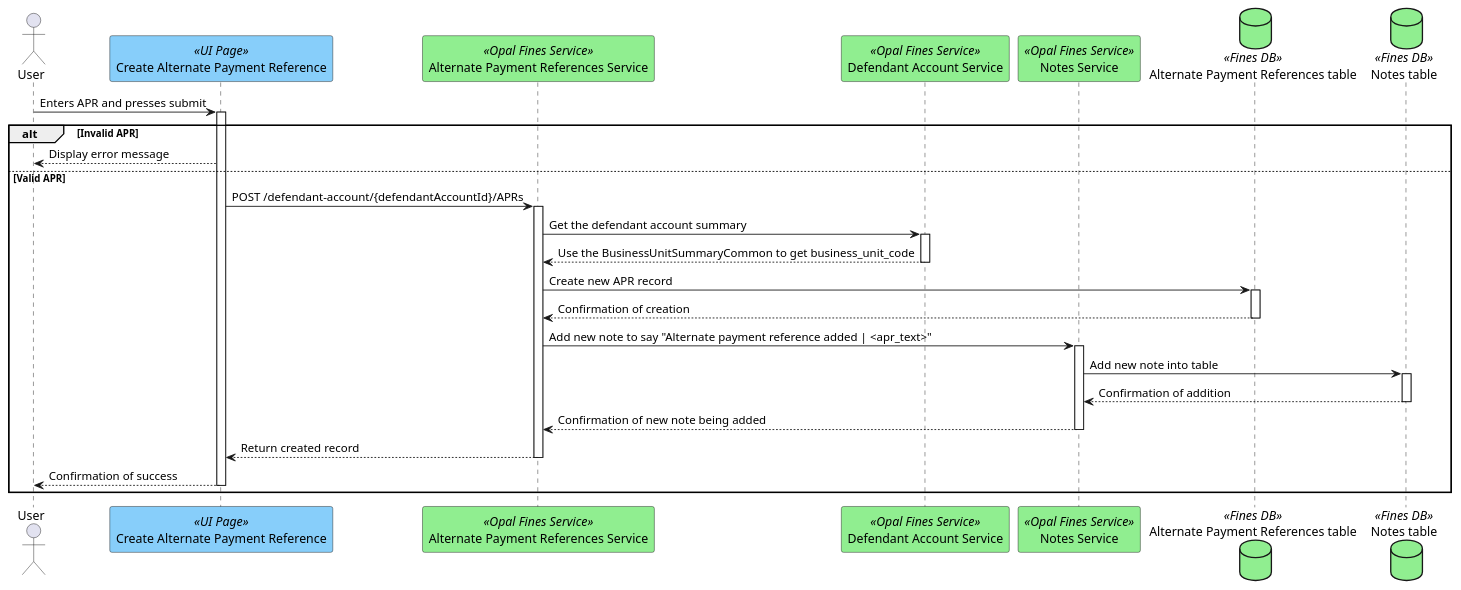
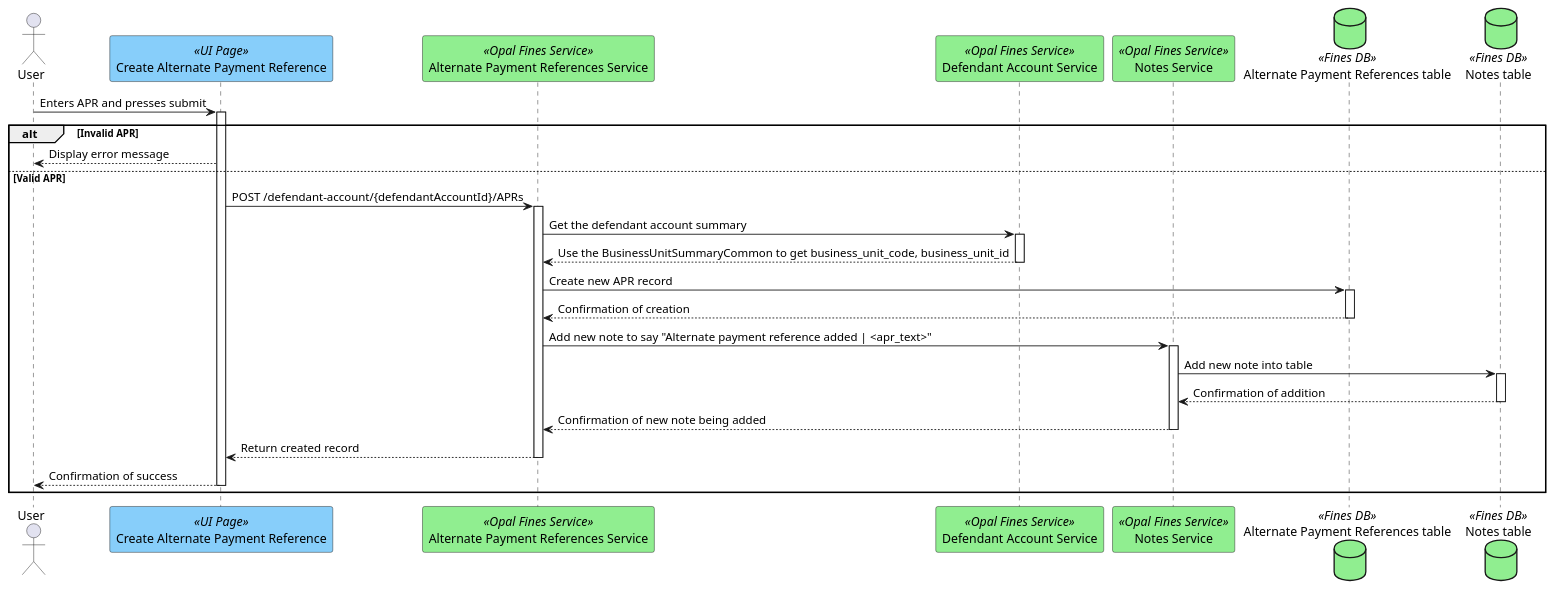
Before and after one commit to hmcts/opal-docs: the diagram in plantUML/external-interfaces/create-apr.puml, drawn with PlantUML.

Commit message:
Adding in ID for new APR addition

```diff
--- a/plantUML/external-interfaces/create-apr.puml
+++ b/plantUML/external-interfaces/create-apr.puml
@@ -1,26 +1,26 @@
 @startuml
 actor "User" as user
 participant "Create Alternate Payment Reference" as uiPage <<UI Page>> #lightskyblue
 participant "Alternate Payment References Service" as alternatePaymentReferencesService <<Opal Fines Service>> #lightgreen
 participant "Defendant Account Service" as defendantAccountService <<Opal Fines Service>> #lightgreen
 participant "Notes Service" as notesService <<Opal Fines Service>> #lightgreen
 database "Alternate Payment References table" as aprTable <<Fines DB>>#lightgreen
 database "Notes table" as notesTable <<Fines DB>>#lightgreen
 
 user -> uiPage ++ : Enters APR and presses submit
 alt Invalid APR
     uiPage --> user : Display error message
 else Valid APR
     uiPage -> alternatePaymentReferencesService ++ : POST /defendant-account/{defendantAccountId}/APRs
     alternatePaymentReferencesService -> defendantAccountService ++ : Get the defendant account summary
-    defendantAccountService --> alternatePaymentReferencesService -- : Use the BusinessUnitSummaryCommon to get business_unit_code
+    defendantAccountService --> alternatePaymentReferencesService -- : Use the BusinessUnitSummaryCommon to get business_unit_code, business_unit_id
     alternatePaymentReferencesService -> aprTable ++ : Create new APR record
     aprTable --> alternatePaymentReferencesService -- : Confirmation of creation
     alternatePaymentReferencesService -> notesService ++ :  Add new note to say "Alternate payment reference added | <apr_text>"
     notesService -> notesTable ++ : Add new note into table
     notesTable --> notesService -- : Confirmation of addition
     notesService --> alternatePaymentReferencesService -- : Confirmation of new note being added
     alternatePaymentReferencesService --> uiPage -- : Return created record
     uiPage --> user -- : Confirmation of success
 end
 @enduml
```
